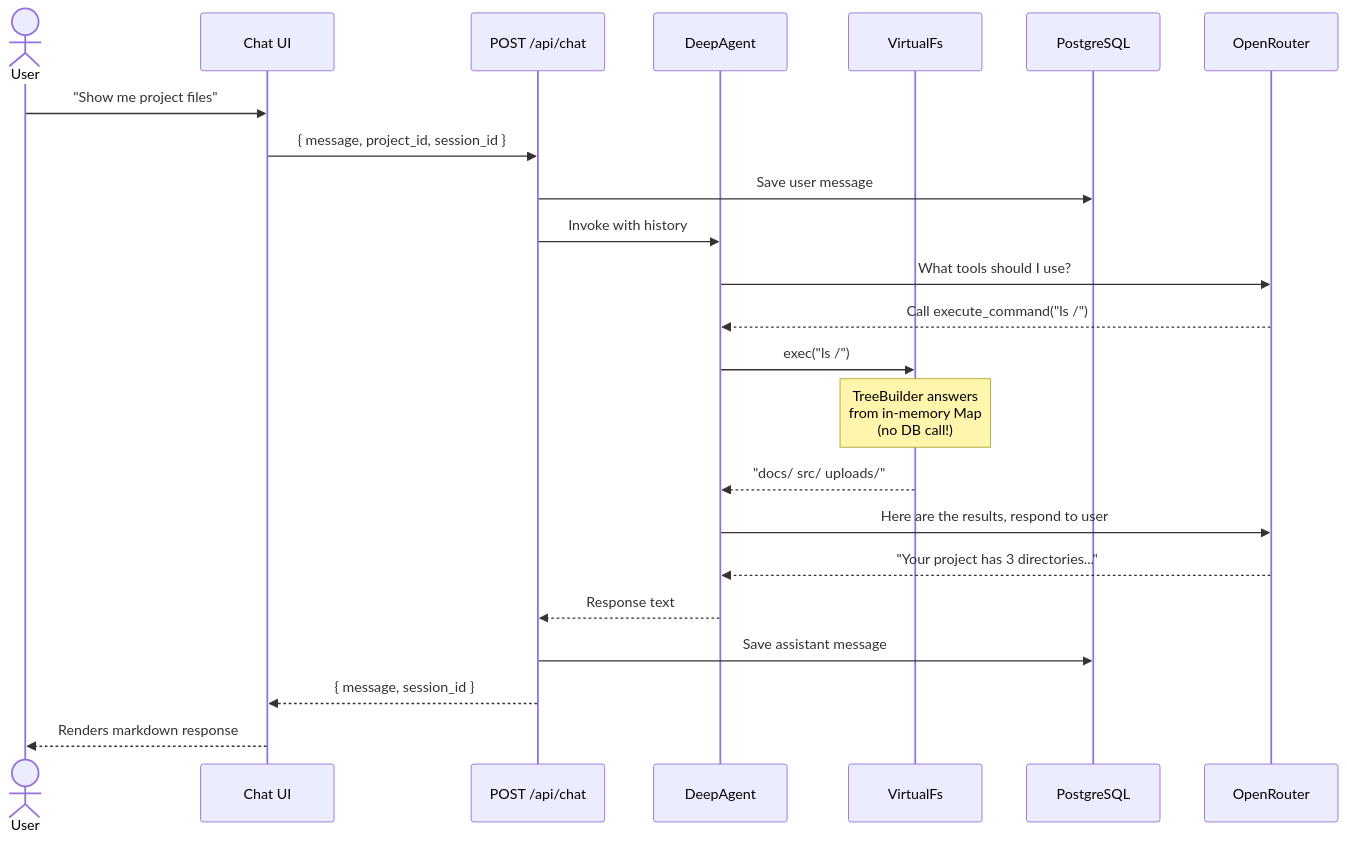
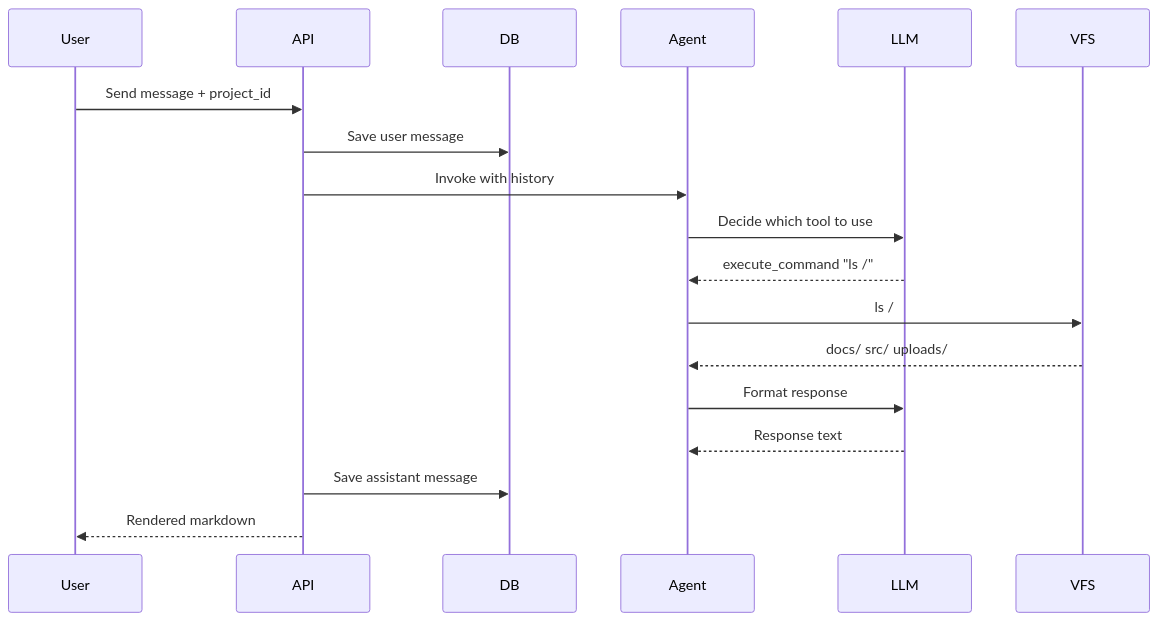
Before and after one commit to potenlab/virual-vs-deep-agent: the second of 5 diagrams in README.md, drawn with Mermaid. The commit also changed other lines of this file, not shown here.

First line of the commit message:
Simplify README Mermaid diagrams for GitHub rendering

````diff
--- a/README.md
+++ b/README.md
@@ -86,30 +29,14 @@
 ```mermaid
 sequenceDiagram
-    actor User
-    participant UI as Chat UI
-    participant API as POST /api/chat
-    participant Agent as DeepAgent
-    participant VFS as VirtualFs
-    participant DB as PostgreSQL
-    participant LLM as OpenRouter
-
-    User->>UI: "Show me project files"
-    UI->>API: { message, project_id, session_id }
+    User->>API: Send message + project_id
     API->>DB: Save user message
     API->>Agent: Invoke with history
-
-    Agent->>LLM: What tools should I use?
-    LLM-->>Agent: Call execute_command("ls /")
-
-    Agent->>VFS: exec("ls /")
-    Note over VFS: TreeBuilder answers<br/>from in-memory Map<br/>(no DB call!)
-    VFS-->>Agent: "docs/  src/  uploads/"
-
-    Agent->>LLM: Here are the results, respond to user
-    LLM-->>Agent: "Your project has 3 directories..."
-
-    Agent-->>API: Response text
+    Agent->>LLM: Decide which tool to use
+    LLM-->>Agent: execute_command "ls /"
+    Agent->>VFS: ls /
+    VFS-->>Agent: docs/ src/ uploads/
+    Agent->>LLM: Format response
+    LLM-->>Agent: Response text
     API->>DB: Save assistant message
-    API-->>UI: { message, session_id }
-    UI-->>User: Renders markdown response
+    API-->>User: Rendered markdown
 ```
````
